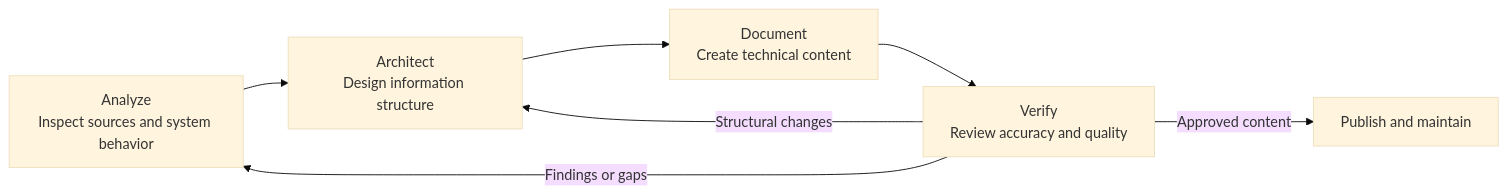
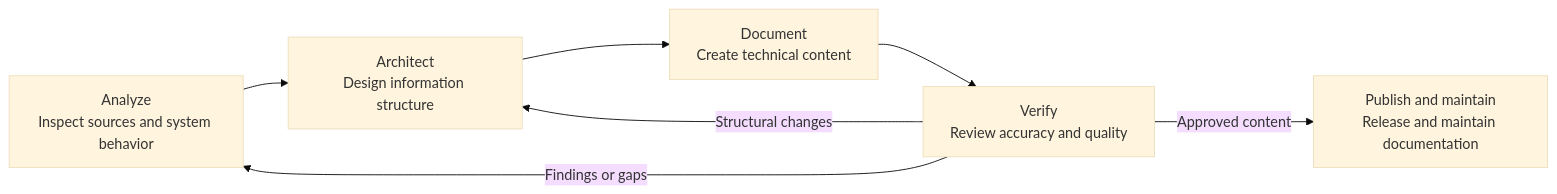
Before and after one commit to ekatmoz88-alt/github-profile-dashboard-vite: the diagram in docs/documentation/diagrams/01-documentation-engineering-lifecycle.md, drawn with Mermaid (base theme). The commit also changed other lines of this file, not shown here.

Commit message:
docs: complete documentation lifecycle outputs

````diff
--- a/docs/documentation/diagrams/01-documentation-engineering-lifecycle.md
+++ b/docs/documentation/diagrams/01-documentation-engineering-lifecycle.md
@@ -5,9 +5,9 @@
 ```mermaid
 flowchart LR
     A["Analyze<br/>Inspect sources and system behavior"] --> B["Architect<br/>Design information structure"]
     B --> C["Document<br/>Create technical content"]
     C --> D["Verify<br/>Review accuracy and quality"]
     D -->|"Findings or gaps"| A
     D -->|"Structural changes"| B
-    D -->|"Approved content"| E["Publish and maintain"]
+    D -->|"Approved content"| E["Publish and maintain<br/>Release and maintain documentation"]
 ```
````
